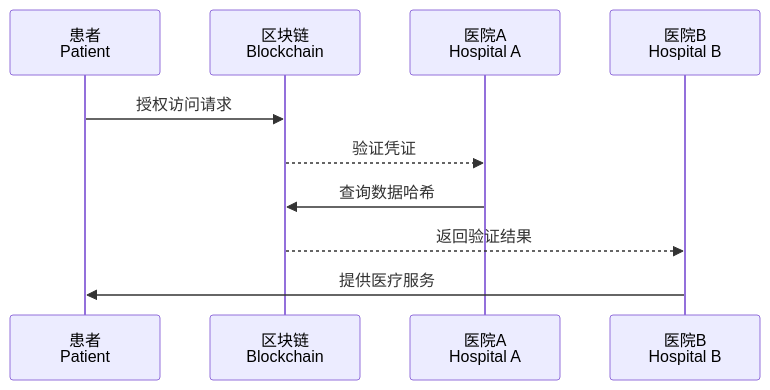
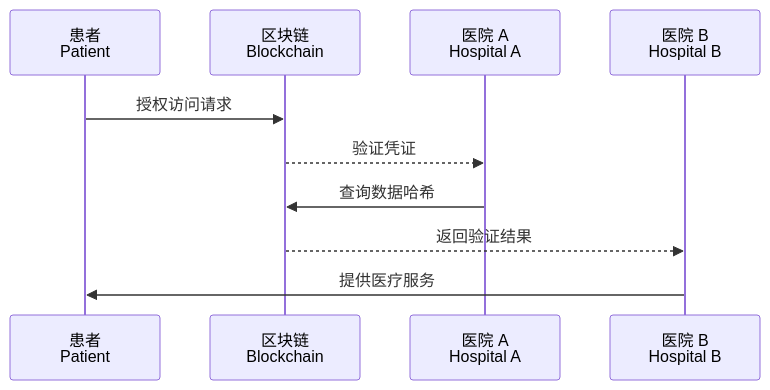
One commit to Tianshang301/TianshangKnowledgeBase changed the third of 8 diagrams in 05_ComputerScience/Blockchain/BlockchainApplications.md. Above: the diagram before and after it, drawn with Mermaid. The commit also changed other lines of this file and 2257 other files, not shown here.

````diff
--- a/05_ComputerScience/Blockchain/BlockchainApplications.md
+++ b/05_ComputerScience/Blockchain/BlockchainApplications.md
@@ -75,12 +77,12 @@
 ```mermaid
 sequenceDiagram
     participant P as 患者<br/>Patient
     participant BC as 区块链<br/>Blockchain
-    participant H1 as 医院A<br/>Hospital A
-    participant H2 as 医院B<br/>Hospital B
+    participant H1 as 医院 A<br/>Hospital A
+    participant H2 as 医院 B<br/>Hospital B
     P->>BC: 授权访问请求
     BC-->>H1: 验证凭证
     H1->>BC: 查询数据哈希
     BC-->>H2: 返回验证结果
     H2->>P: 提供医疗服务
 ```
````
